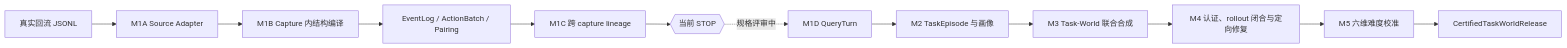
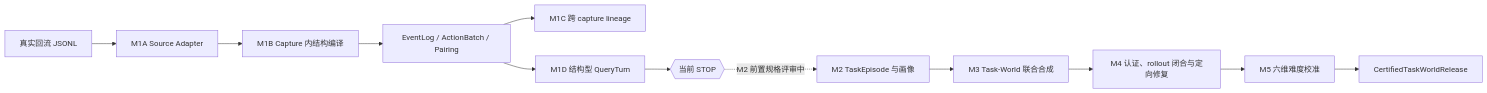
One commit to botwu/Reconstruction changed the diagram in docs/session-handoff.md. Above: the diagram before and after it, drawn with Mermaid. The commit also changed other lines of this file and 4 other files, not shown here.

````diff
--- a/docs/session-handoff.md
+++ b/docs/session-handoff.md
@@ -38,14 +39,14 @@
 ```mermaid
 flowchart LR
     A[真实回流 JSONL] --> B[M1A Source Adapter]
     B --> C[M1B Capture 内结构编译]
     C --> C1[EventLog / ActionBatch / Pairing]
     C1 --> D[M1C 跨 capture lineage]
-    D --> S{{当前 STOP}}
-    S -. 规格评审中 .-> E[M1D QueryTurn]
-    E --> F[M2 TaskEpisode 与画像]
+    C1 --> E[M1D 结构型 QueryTurn]
+    E --> S{{当前 STOP}}
+    S -. M2 前置规格评审中 .-> F[M2 TaskEpisode 与画像]
     F --> G[M3 Task-World 联合合成]
     G --> H[M4 认证、rollout 闭合与定向修复]
     H --> I[M5 六维难度校准]
     I --> J[CertifiedTaskWorldRelease]
 ```
````
